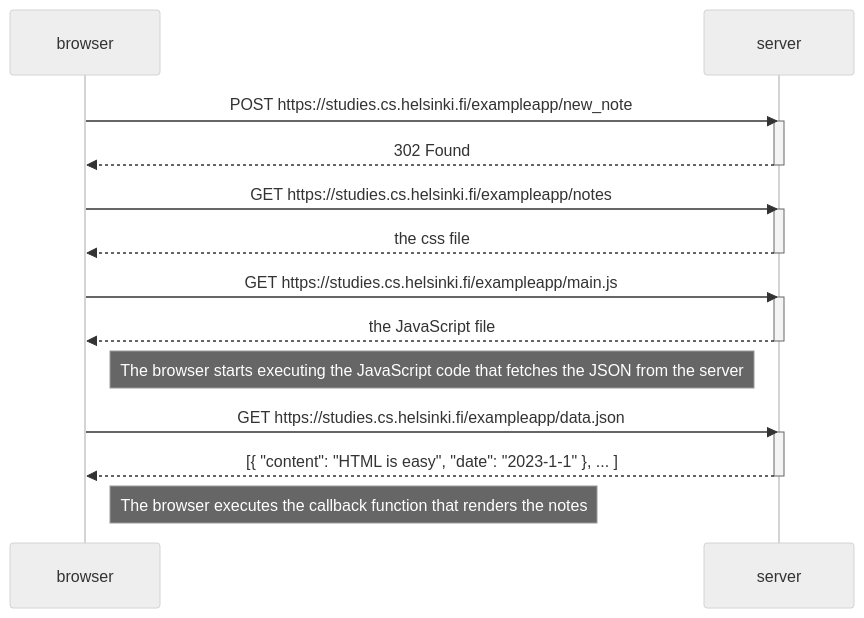
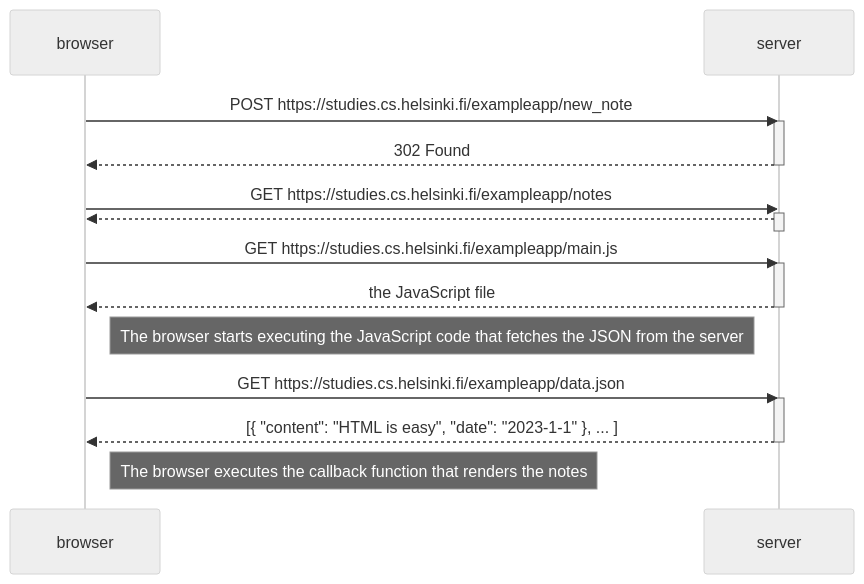
One commit to HenryVag/FullstackOpen_Palautus changed the diagram in 0.4.md. Above: the diagram before and after it, drawn with Mermaid (neutral theme).

````diff
--- a/0.4.md
+++ b/0.4.md
@@ -2,29 +2,29 @@
 ```mermaid
 sequenceDiagram
     participant browser
     participant server
     
     browser->>server: POST https://studies.cs.helsinki.fi/exampleapp/new_note
     activate server
     server-->>browser: 302 Found
     deactivate server
     
     browser->>server: GET https://studies.cs.helsinki.fi/exampleapp/notes
     activate server
-    server-->>browser: the css file
+    server-->>browser: 
     deactivate server
     
     browser->>server: GET https://studies.cs.helsinki.fi/exampleapp/main.js
     activate server
     server-->>browser: the JavaScript file
     deactivate server
     
     Note right of browser: The browser starts executing the JavaScript code that fetches the JSON from the server
     
     browser->>server: GET https://studies.cs.helsinki.fi/exampleapp/data.json
     activate server
     server-->>browser: [{ "content": "HTML is easy", "date": "2023-1-1" }, ... ]
     deactivate server    
 
     Note right of browser: The browser executes the callback function that renders the notes 
 ```
````
